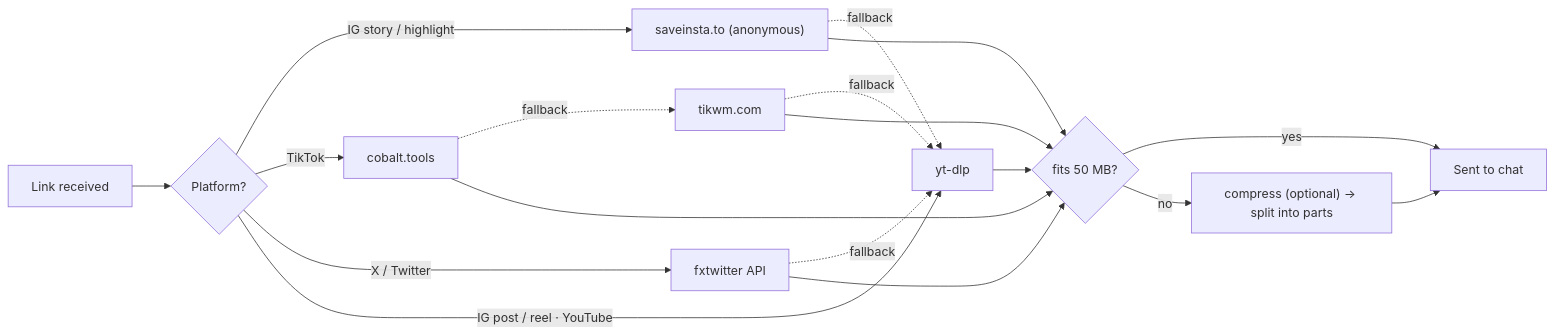
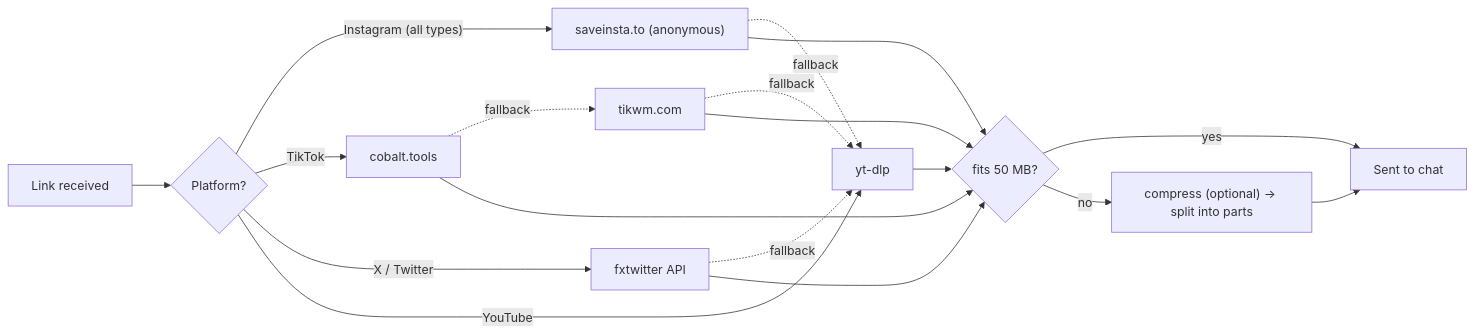
The diagram in README.md (m0hx65/LinkToClip), drawn with Mermaid before and after one commit. The commit also changed other lines of this file and 2 other files, not shown here.

First line of the commit message:
Fix Instagram reels/posts on cloud hosts: route through saveinsta.to first

````diff
--- a/README.md
+++ b/README.md
@@ -35,15 +35,15 @@
 ```mermaid
 flowchart LR
     A[Link received] --> B{Platform?}
-    B -- "IG story / highlight" --> S["saveinsta.to (anonymous)"]
+    B -- "Instagram (all types)" --> S["saveinsta.to (anonymous)"]
     B -- "TikTok" --> C1[cobalt.tools]
     B -- "X / Twitter" --> FX[fxtwitter API]
-    B -- "IG post / reel · YouTube" --> Y[yt-dlp]
+    B -- "YouTube" --> Y[yt-dlp]
     C1 -. fallback .-> C2[tikwm.com]
     S -. fallback .-> Y
     C2 -. fallback .-> Y
     FX -. fallback .-> Y
     S & C1 & C2 & FX & Y --> SZ{"fits 50 MB?"}
     SZ -- "yes" --> OK[Sent to chat]
     SZ -- "no" --> CP["compress (optional) → split into parts"] --> OK
 ```
````
